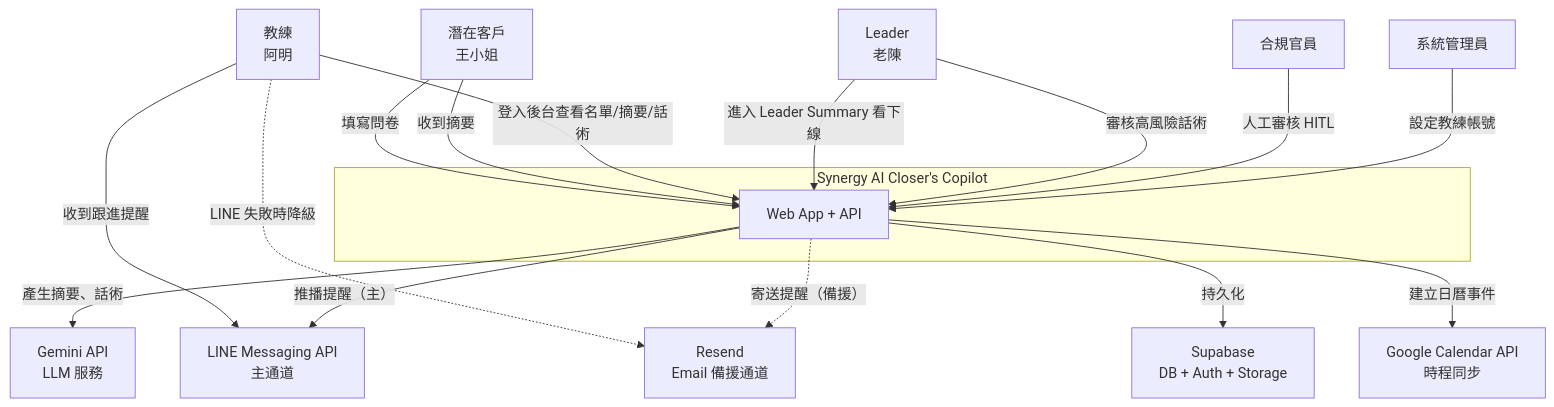
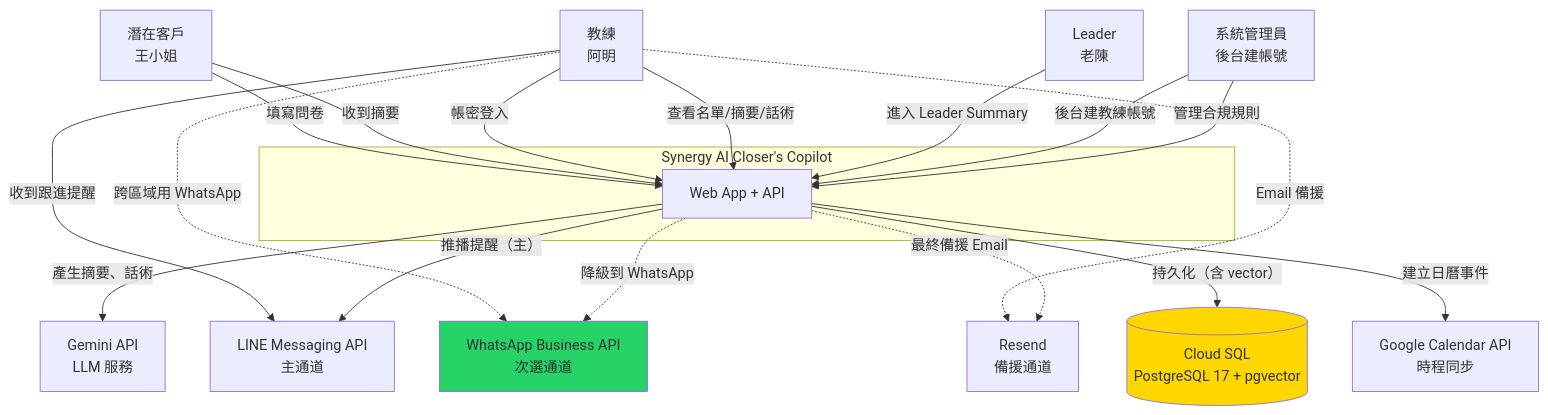
One commit to Zenobia000/synergy-ai-platform changed the first of 5 diagrams in docs/04_architecture.md. Above: the diagram before and after it, drawn with Mermaid. The commit also changed other lines of this file and 15 other files, not shown here.

````diff
--- a/docs/04_architecture.md
+++ b/docs/04_architecture.md
@@ -29,34 +34,39 @@
 ```mermaid
 graph TB
     Prospect[潛在客戶<br/>王小姐]
     Coach[教練<br/>阿明]
     Leader[Leader<br/>老陳]
-    Admin[系統管理員]
-    Reviewer[合規官員]
-
+    Admin[系統管理員<br/>後台建帳號]
+    
     subgraph Synergy [Synergy AI Closer's Copilot]
         App[Web App + API]
     end
 
     Gemini[Gemini API<br/>LLM 服務]
     Line[LINE Messaging API<br/>主通道]
-    Resend[Resend<br/>Email 備援通道]
-    Supabase[Supabase<br/>DB + Auth + Storage]
+    WhatsApp[WhatsApp Business API<br/>次選通道]
+    Email[Resend<br/>備援通道]
+    CloudSQL[(Cloud SQL<br/>PostgreSQL 17 + pgvector)]
     GoogleCal[Google Calendar API<br/>時程同步]
 
     Prospect -->|填寫問卷| App
     Prospect -->|收到摘要| App
-    Coach -->|登入後台查看名單/摘要/話術| App
+    Coach -->|帳密登入| App
+    Coach -->|查看名單/摘要/話術| App
     Coach -->|收到跟進提醒| Line
-    Coach -.->|LINE 失敗時降級| Resend
-    Leader -->|進入 Leader Summary 看下線| App
-    Leader -->|審核高風險話術| App
-    Reviewer -->|人工審核 HITL| App
-    Admin -->|設定教練帳號| App
+    Coach -.->|跨區域用 WhatsApp| WhatsApp
+    Coach -.->|Email 備援| Email
+    Leader -->|進入 Leader Summary| App
+    Admin -->|後台建教練帳號| App
+    Admin -->|管理合規規則| App
 
     App -->|產生摘要、話術| Gemini
     App -->|推播提醒（主）| Line
-    App -.->|寄送提醒（備援）| Resend
-    App -->|持久化| Supabase
+    App -.->|降級到 WhatsApp| WhatsApp
+    App -.->|最終備援 Email| Email
+    App -->|持久化（含 vector）| CloudSQL
     App -->|建立日曆事件| GoogleCal
+    
+    style CloudSQL fill:#ffd700
+    style WhatsApp fill:#25d366
 ```
````
